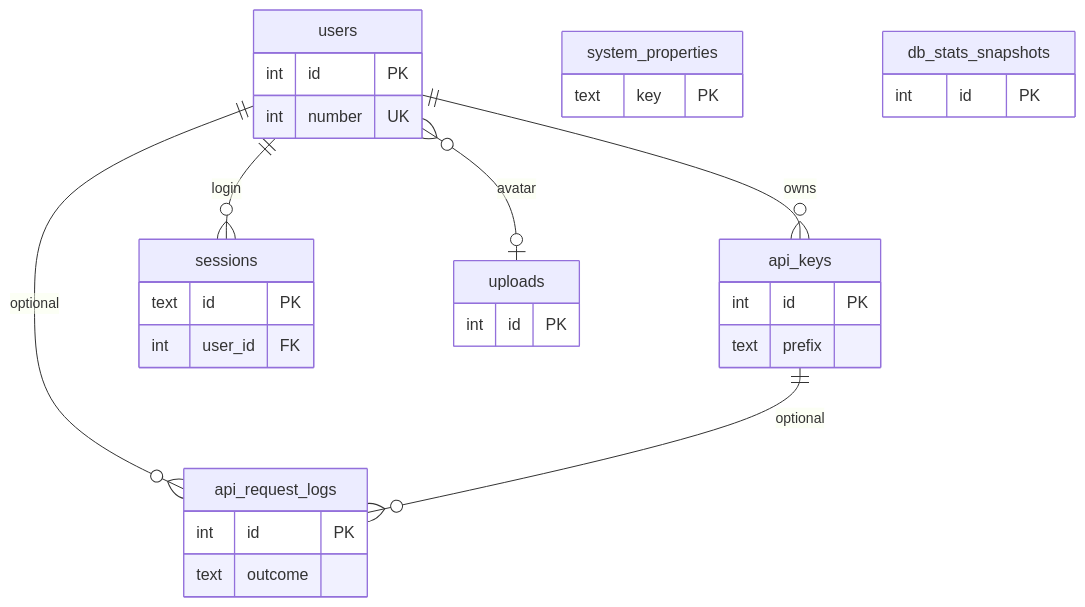
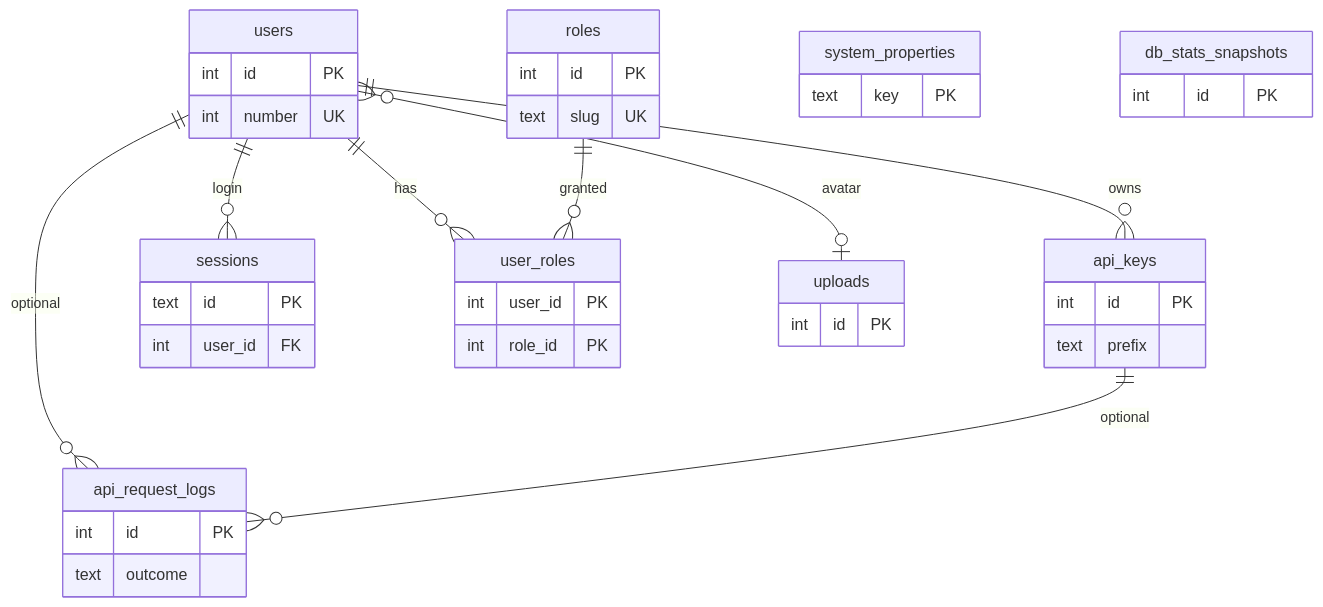
The diagram in docs/database/platform.md (blackrook-io/taskmesh), drawn with Mermaid before and after one commit. The commit also changed other lines of this file and 35 other files, not shown here.

````diff
--- a/docs/database/platform.md
+++ b/docs/database/platform.md
@@ -20,33 +22,43 @@
 ```mermaid
 erDiagram
   users ||--o{ api_keys : owns
   users ||--o{ sessions : "login"
+  users ||--o{ user_roles : has
+  roles ||--o{ user_roles : granted
   users ||--o{ api_request_logs : "optional"
   api_keys ||--o{ api_request_logs : "optional"
   users }o--o| uploads : avatar
   users {
     int id PK
     int number UK
+  }
+  roles {
+    int id PK
+    text slug UK
+  }
+  user_roles {
+    int user_id PK
+    int role_id PK
   }
   api_keys {
     int id PK
     text prefix
   }
   sessions {
     text id PK
     int user_id FK
   }
   system_properties {
     text key PK
   }
   api_request_logs {
     int id PK
     text outcome
   }
   db_stats_snapshots {
     int id PK
   }
   uploads {
     int id PK
   }
 ```
````
